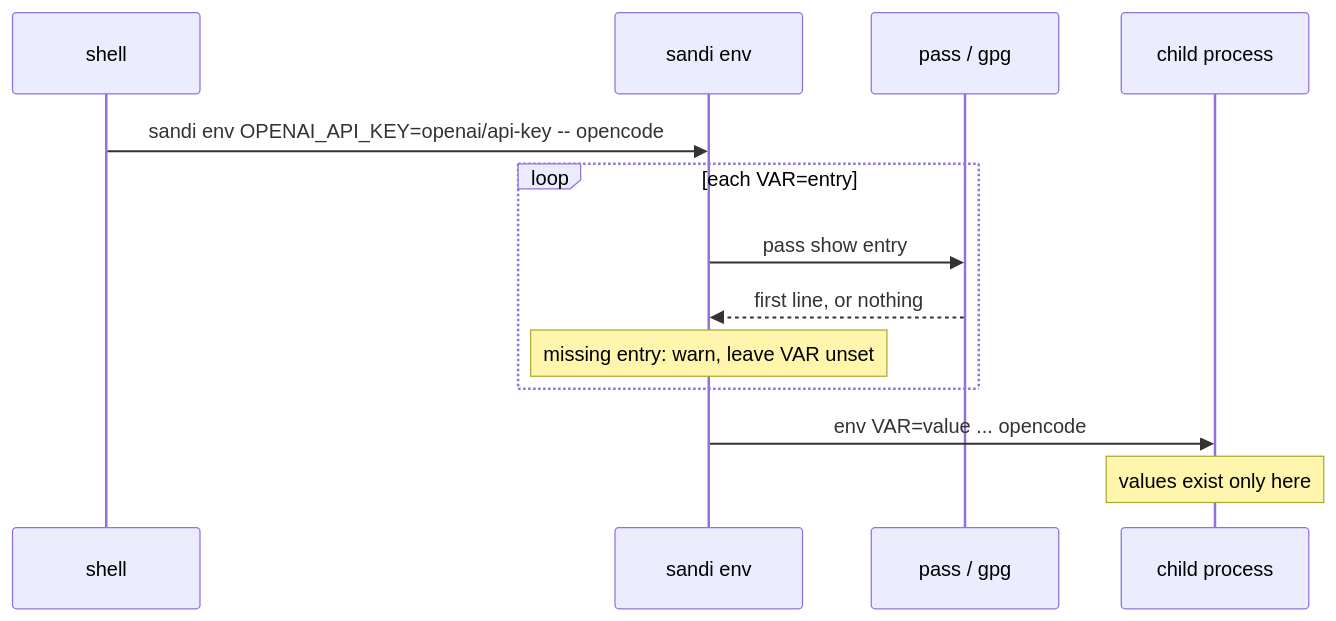
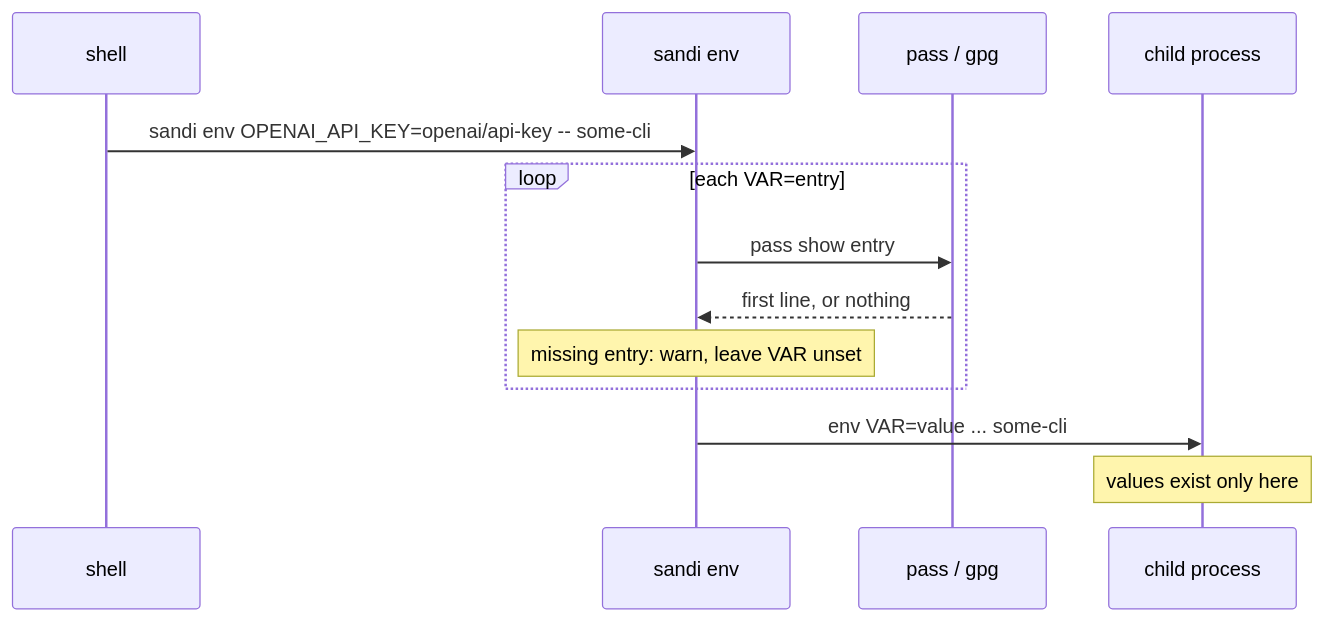
One commit to arisros/dotfiles changed the first of 5 diagrams in docs/secrets.md. Above: the diagram before and after it, drawn with Mermaid. The commit also changed other lines of this file and 47 other files, not shown here.

````diff
--- a/docs/secrets.md
+++ b/docs/secrets.md
@@ -7,15 +7,15 @@
 ```mermaid
 sequenceDiagram
   participant U as shell
   participant S as sandi env
   participant P as pass / gpg
   participant C as child process
-  U->>S: sandi env OPENAI_API_KEY=openai/api-key -- opencode
+  U->>S: sandi env OPENAI_API_KEY=openai/api-key -- some-cli
   loop each VAR=entry
     S->>P: pass show entry
     P-->>S: first line, or nothing
     Note over S: missing entry: warn, leave VAR unset
   end
-  S->>C: env VAR=value ... opencode
+  S->>C: env VAR=value ... some-cli
   Note over C: values exist only here
 ```
````
